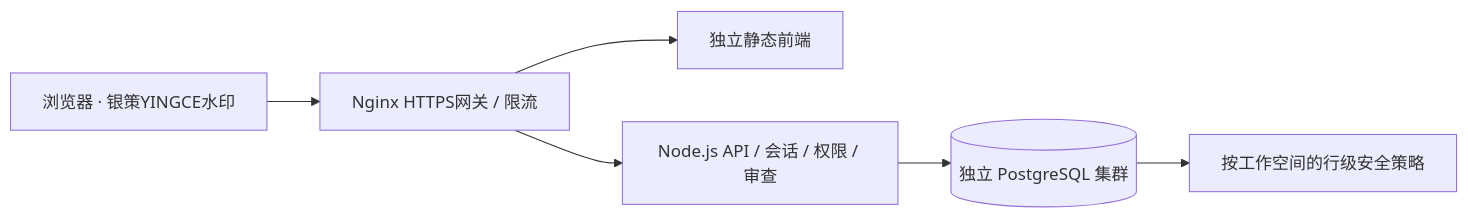
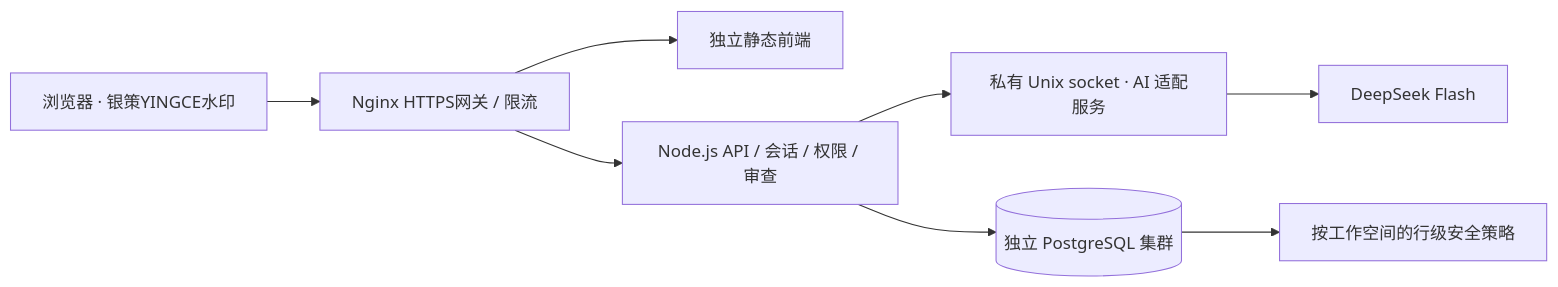
One commit to ForgetGround/yince-fieldwork changed the diagram in README.md. Above: the diagram before and after it, drawn with Mermaid. The commit also changed other lines of this file and 19 other files, not shown here.

Commit message:
feat: add private DeepSeek Flash chat workspace and guided plans

````diff
--- a/README.md
+++ b/README.md
@@ -59,8 +62,10 @@
 ```mermaid
 flowchart LR
   U[浏览器 · 银策YINGCE水印] --> G[Nginx HTTPS网关 / 限流]
   G --> W[独立静态前端]
   G --> A[Node.js API / 会话 / 权限 / 审查]
+  A --> I[私有 Unix socket · AI 适配服务]
+  I --> M[DeepSeek Flash]
   A --> D[(独立 PostgreSQL 集群)]
   D --> R[按工作空间的行级安全策略]
 ```
````
